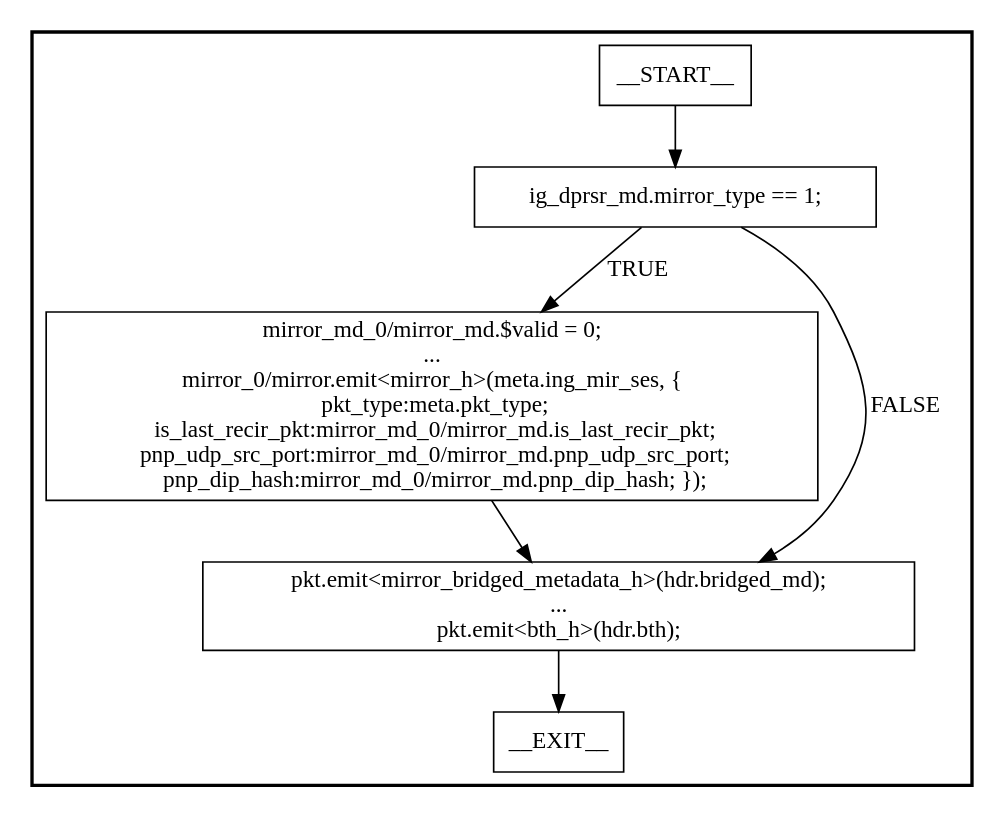
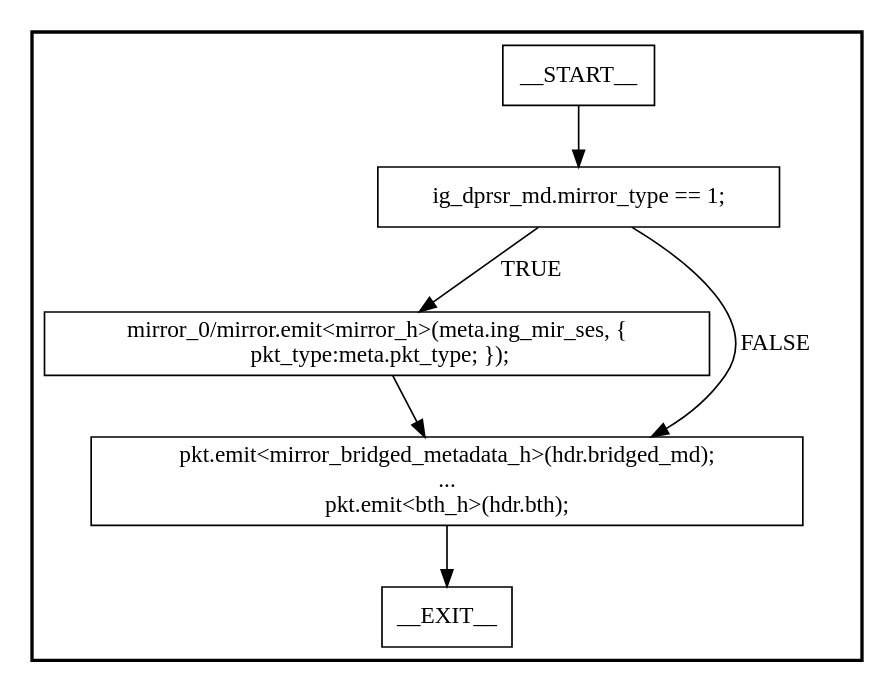
The diagram in P4/tofino2/pipe/graphs/IngressDeparser.dot (Networked-System-and-Security-Group/Themis), drawn with Graphviz before and after one commit. The commit also changed 39 other files, not shown here.

```diff
--- a/P4/tofino2/pipe/graphs/IngressDeparser.dot
+++ b/P4/tofino2/pipe/graphs/IngressDeparser.dot
@@ -1,24 +1,19 @@
 digraph IngressDeparser {
 subgraph cluster {
 graph [
 label="", labeljust=r, style=bold];
 0[label=__START__, margin="", shape=rectangle, style=solid];
 1[label=__EXIT__, margin="", shape=rectangle, style=solid];
 2[label="ig_dprsr_md.mirror_type == 1;", margin="", shape=rectangle, style=solid];
-3[label="mirror_md_0/mirror_md.$valid = 0;
-...
-mirror_0/mirror.emit<mirror_h>(meta.ing_mir_ses, {
-  pkt_type:meta.pkt_type;
-  is_last_recir_pkt:mirror_md_0/mirror_md.is_last_recir_pkt;
-  pnp_udp_src_port:mirror_md_0/mirror_md.pnp_udp_src_port;
-  pnp_dip_hash:mirror_md_0/mirror_md.pnp_dip_hash; });", margin="", shape=rectangle, style=solid];
+3[label="mirror_0/mirror.emit<mirror_h>(meta.ing_mir_ses, {
+  pkt_type:meta.pkt_type; });", margin="", shape=rectangle, style=solid];
 4[label="pkt.emit<mirror_bridged_metadata_h>(hdr.bridged_md);
 ...
 pkt.emit<bth_h>(hdr.bth);", margin="", shape=rectangle, style=solid];
 0 -> 2[label=""];
 2 -> 3[label=TRUE];
 2 -> 4[label=FALSE];
 3 -> 4[label=""];
 4 -> 1[label=""];
 }
 }
```
